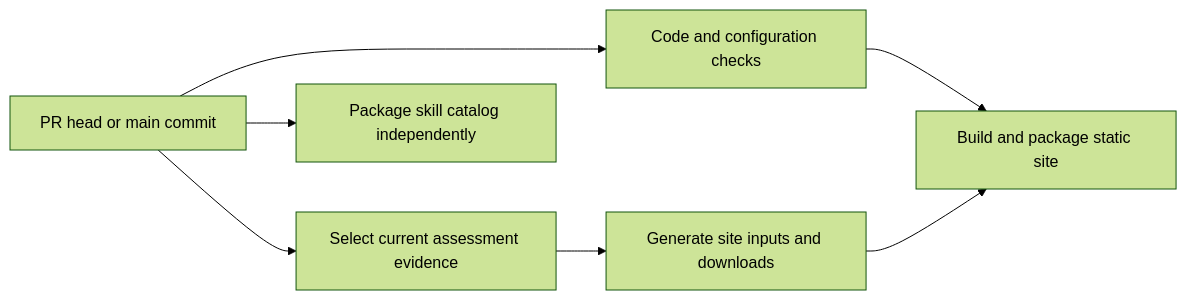
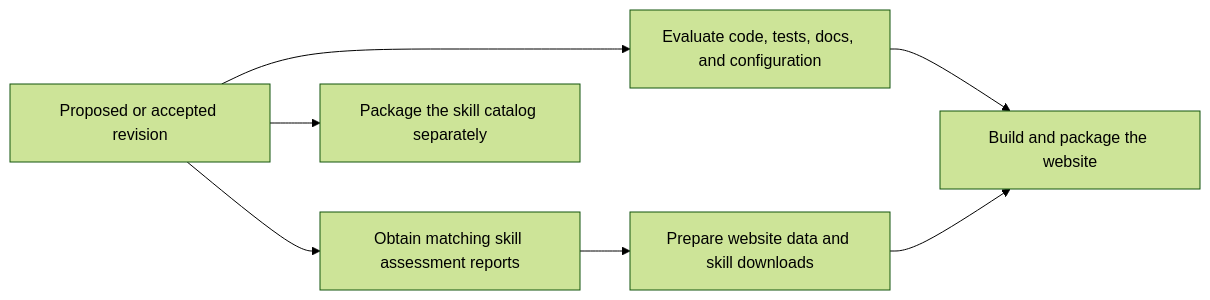
The diagram in CI.md (Code-dot-mil/SkLC), drawn with Mermaid (forest theme) before and after one commit. The commit also changed other lines of this file, not shown here.

````diff
--- a/CI.md
+++ b/CI.md
@@ -23,9 +34,9 @@
 ```mermaid
 flowchart LR
-    revision["PR head or main commit"] --> checks["Code and configuration checks"]
-    revision --> evidence["Select current assessment evidence"]
-    evidence --> generate["Generate site inputs and downloads"]
-    checks --> build["Build and package static site"]
+    revision["Proposed or accepted revision"] --> checks["Evaluate code, tests, docs, and configuration"]
+    revision --> evidence["Obtain matching skill assessment reports"]
+    evidence --> generate["Prepare website data and skill downloads"]
+    checks --> build["Build and package the website"]
     generate --> build
-    revision --> catalog["Package skill catalog independently"]
+    revision --> catalog["Package the skill catalog separately"]
 ```
````
